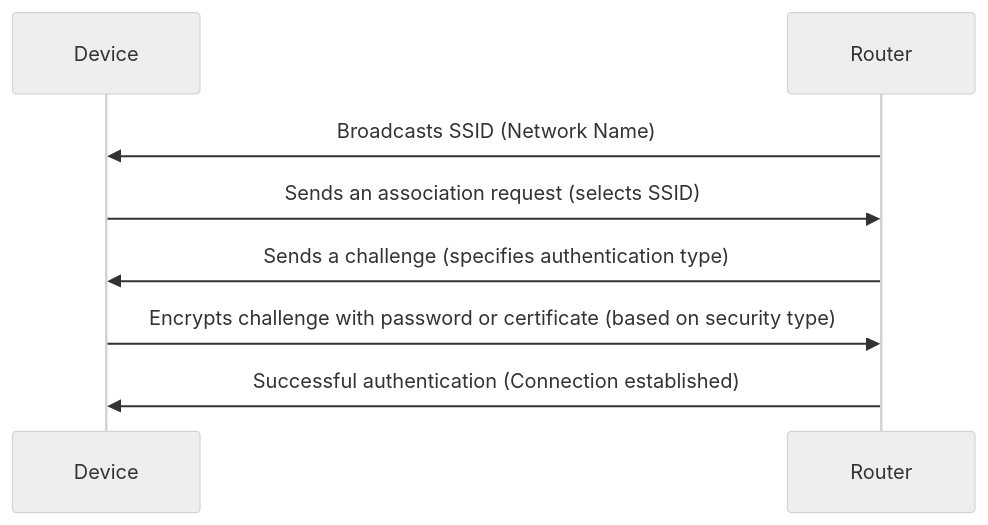
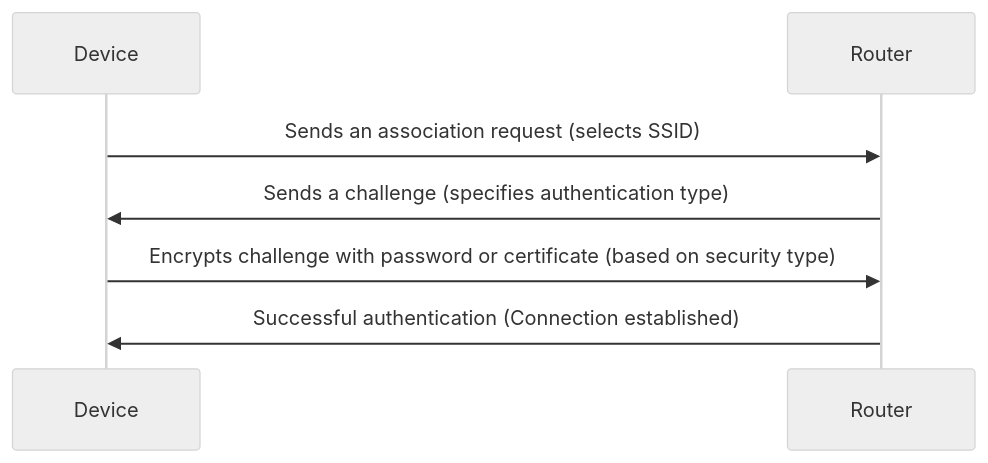
One commit to Kent1mrqs/WiFEncryptionSimulation changed the first of 2 diagrams in Network/Authentification.md. Above: the diagram before and after it, drawn with Mermaid (neutral theme). The commit also changed other lines of this file and 19 other files, not shown here.

````diff
--- a/Network/Authentification.md
+++ b/Network/Authentification.md
@@ -11,13 +20,12 @@
 ```mermaid
 
 sequenceDiagram
     participant Device
     participant Router
 
-    Router->>Device: Broadcasts SSID (Network Name)
     Device->>Router: Sends an association request (selects SSID)
     Router->>Device: Sends a challenge (specifies authentication type)
     Device->>Router: Encrypts challenge with password or certificate (based on security type)
     Router->>Device: Successful authentication (Connection established)
 
 ```
````
